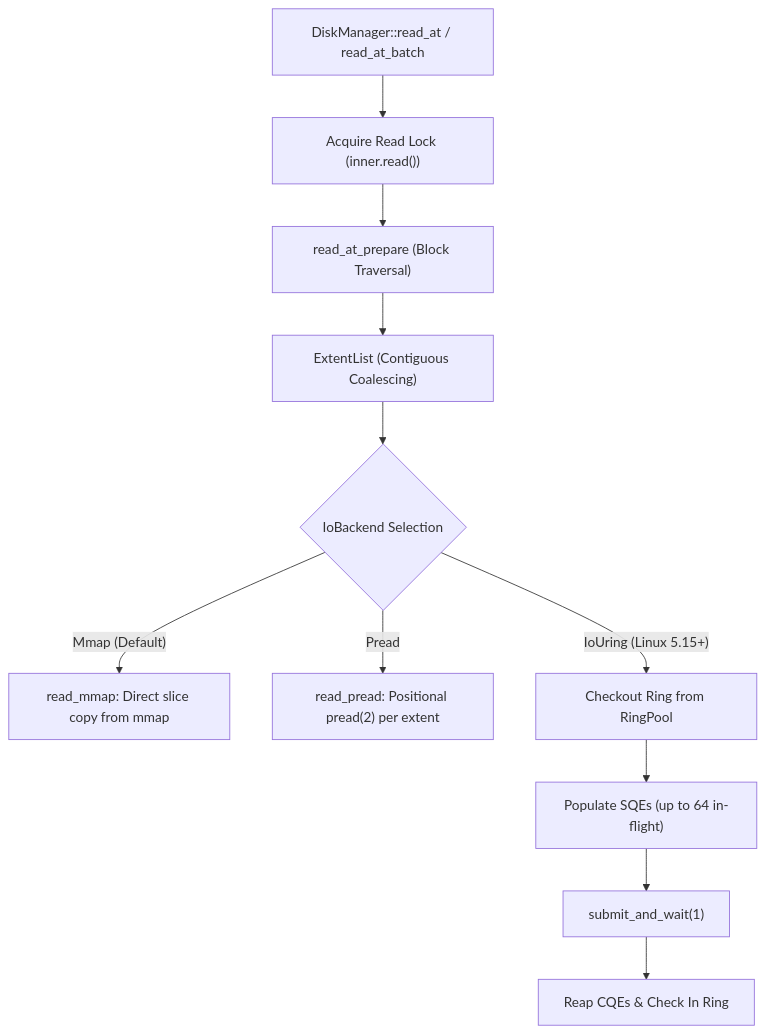
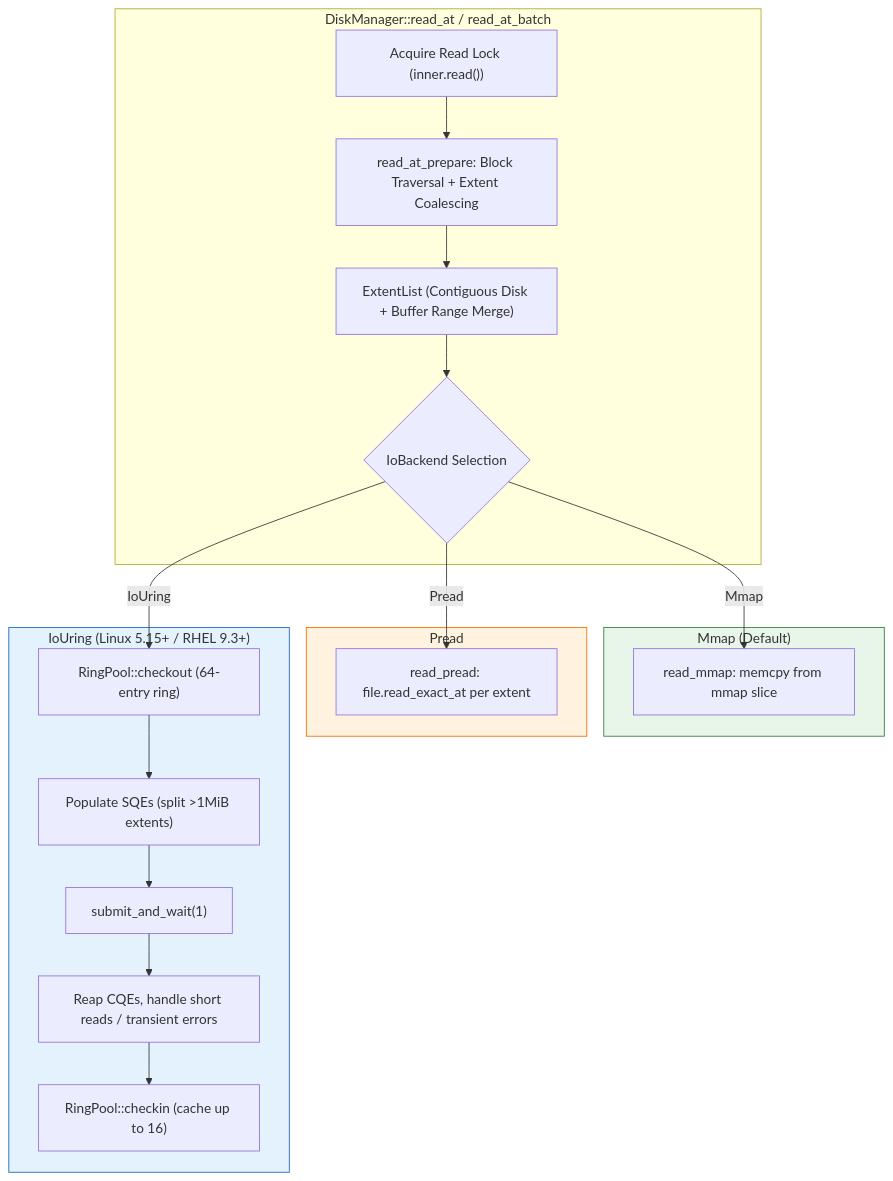
The diagram in openwiki/architecture/async_io_and_engines.md (ych/oifs), drawn with Mermaid before and after one commit. The commit also changed other lines of this file and 73 other files, not shown here.

````diff
--- a/openwiki/architecture/async_io_and_engines.md
+++ b/openwiki/architecture/async_io_and_engines.md
@@ -23,15 +23,34 @@
 ```mermaid
 flowchart TD
-    UserReq["DiskManager::read_at / read_at_batch"] --> Guard["Acquire Read Lock (inner.read())"]
-    Guard --> Prepare["read_at_prepare (Block Traversal)"]
-    Prepare --> Extents["ExtentList (Contiguous Coalescing)"]
-    Extents --> EngineSelect{"IoBackend Selection"}
-    
-    EngineSelect -->|"Mmap (Default)"| MmapPath["read_mmap: Direct slice copy from mmap"]
-    EngineSelect -->|"Pread"| PreadPath["read_pread: Positional pread(2) per extent"]
-    EngineSelect -->|"IoUring (Linux 5.15+)"| RingCheckout["Checkout Ring from RingPool"]
-    
-    RingCheckout --> SubQueue["Populate SQEs (up to 64 in-flight)"]
-    SubQueue --> KernelWait["submit_and_wait(1)"]
-    KernelWait --> ReapCQE["Reap CQEs & Check In Ring"]
+    subgraph ReadPath ["DiskManager::read_at / read_at_batch"]
+        Guard["Acquire Read Lock (inner.read())"]
+        Prepare["read_at_prepare: Block Traversal + Extent Coalescing"]
+        Extents["ExtentList (Contiguous Disk + Buffer Range Merge)"]
+        Select{"IoBackend Selection"}
+    end
+
+    subgraph MmapPath ["Mmap (Default)"]
+        MmapRead["read_mmap: memcpy from mmap slice"]
+    end
+
+    subgraph PreadPath ["Pread"]
+        PreadLoop["read_pread: file.read_exact_at per extent"]
+    end
+
+    subgraph UringPath ["IoUring (Linux 5.15+ / RHEL 9.3+)"]
+        Checkout["RingPool::checkout (64-entry ring)"]
+        Populate["Populate SQEs (split >1MiB extents)"]
+        Submit["submit_and_wait(1)"]
+        Reap["Reap CQEs, handle short reads / transient errors"]
+        Checkin["RingPool::checkin (cache up to 16)"]
+    end
+
+    Guard --> Prepare --> Extents --> Select
+    Select -->|Mmap| MmapRead
+    Select -->|Pread| PreadLoop
+    Select -->|IoUring| Checkout --> Populate --> Submit --> Reap --> Checkin
+
+    style MmapPath fill:#e8f5e9,stroke:#2e7d32
+    style PreadPath fill:#fff3e0,stroke:#ef6c00
+    style UringPath fill:#e3f2fd,stroke:#1565c0
 ```
````
